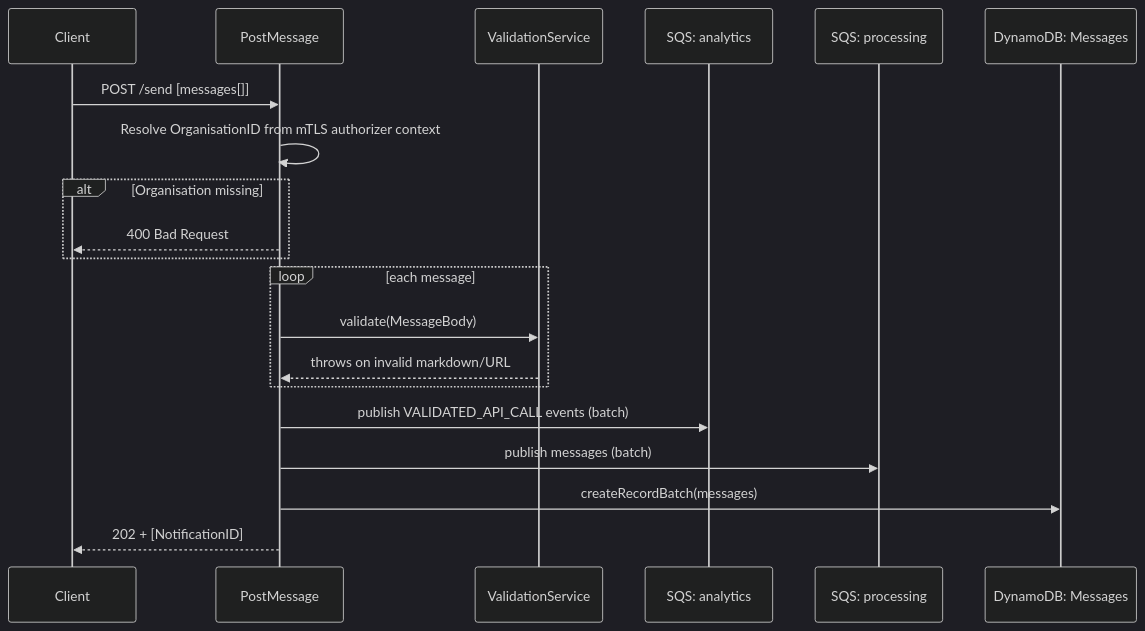
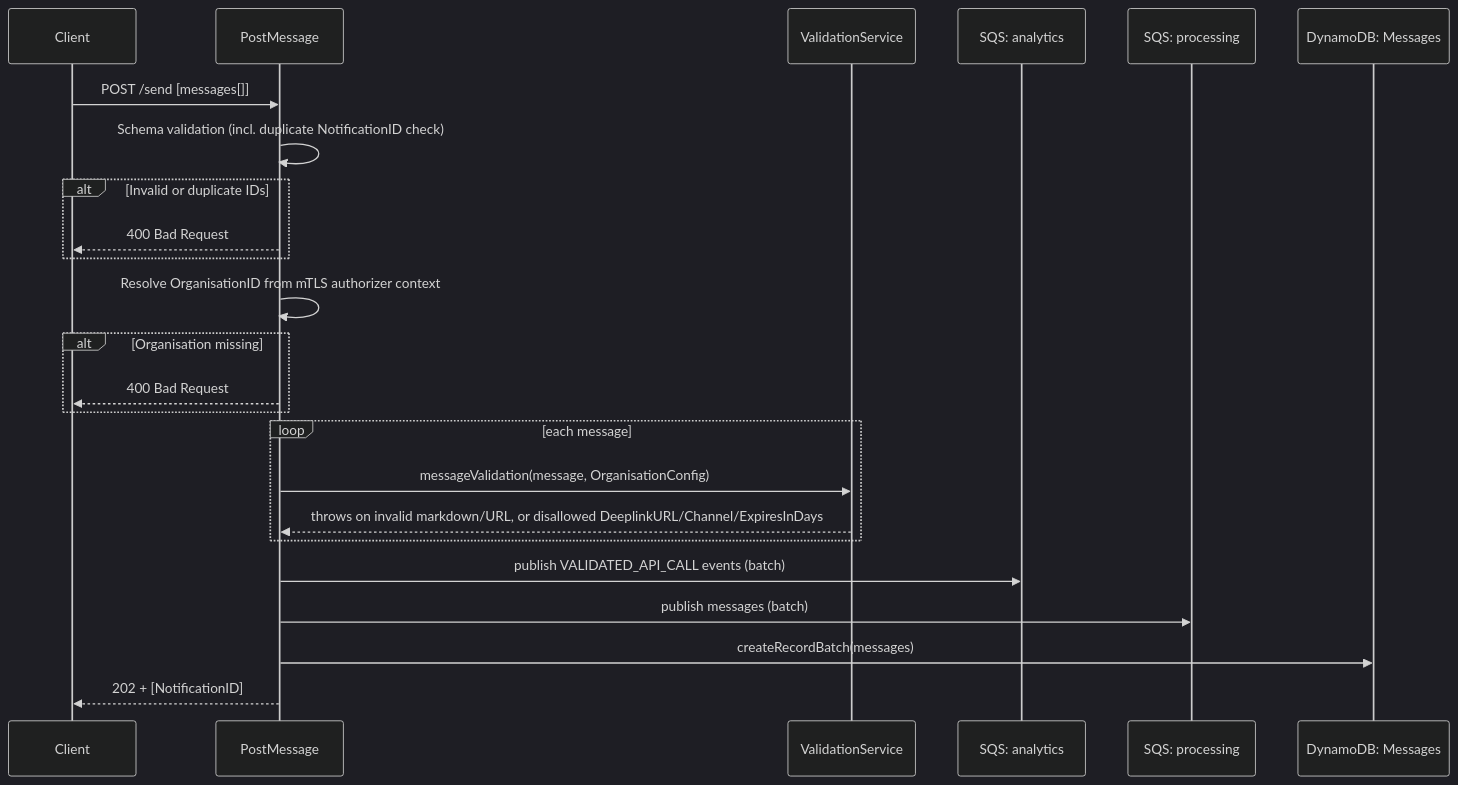
The diagram in src/lambdas/pso/http.postMessage/README.md (govuk-once/gds-unified-notification-service), drawn with Mermaid (dark theme) before and after one commit. The commit also changed other lines of this file and 29 other files, not shown here.

````diff
--- a/src/lambdas/pso/http.postMessage/README.md
+++ b/src/lambdas/pso/http.postMessage/README.md
@@ -35,23 +37,27 @@
 ```mermaid
 sequenceDiagram
     participant Client
     participant PostMessage
     participant ValidationService
     participant AnalyticsQueue as SQS: analytics
     participant ProcessingQueue as SQS: processing
     participant DynamoDB as DynamoDB: Messages
 
     Client->>PostMessage: POST /send [messages[]]
+    PostMessage->>PostMessage: Schema validation (incl. duplicate NotificationID check)
+    alt Invalid or duplicate IDs
+        PostMessage-->>Client: 400 Bad Request
+    end
     PostMessage->>PostMessage: Resolve OrganisationID from mTLS authorizer context
     alt Organisation missing
         PostMessage-->>Client: 400 Bad Request
     end
     loop each message
-        PostMessage->>ValidationService: validate(MessageBody)
-        ValidationService-->>PostMessage: throws on invalid markdown/URL
+        PostMessage->>ValidationService: messageValidation(message, OrganisationConfig)
+        ValidationService-->>PostMessage: throws on invalid markdown/URL, or disallowed DeeplinkURL/Channel/ExpiresInDays
     end
     PostMessage->>AnalyticsQueue: publish VALIDATED_API_CALL events (batch)
     PostMessage->>ProcessingQueue: publish messages (batch)
     PostMessage->>DynamoDB: createRecordBatch(messages)
     PostMessage-->>Client: 202 + [NotificationID]
 ```
````
